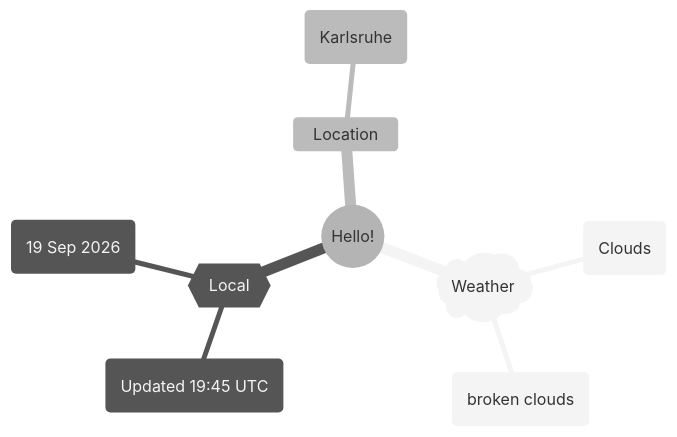
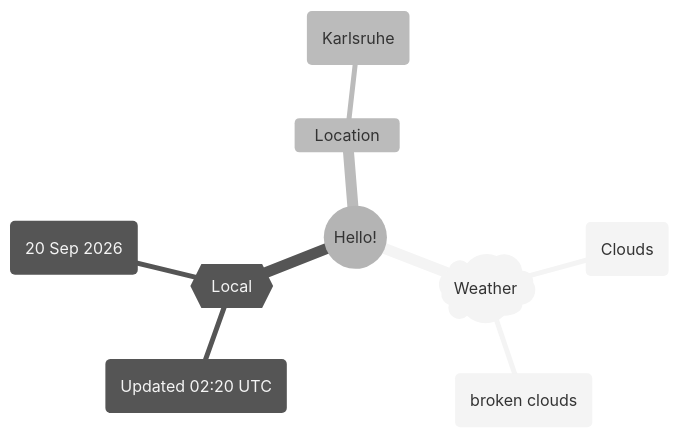
One commit to Xosrov/Xosrov changed the first of 2 diagrams in README.md. Above: the diagram before and after it, drawn with Mermaid (neutral theme).

Commit message:
[bot] updated images

````diff
--- a/README.md
+++ b/README.md
@@ -3,12 +3,12 @@
 ```mermaid
 mindmap
   root((Hello!))
     )Weather(
         (Clouds)
         (broken clouds)
     {{Local}}
-        (Updated 19:45 UTC)
-        (19 Sep 2026)
+        (Updated 02:20 UTC)
+        (20 Sep 2026)
     Location
         (Karlsruhe)
 ```
````
